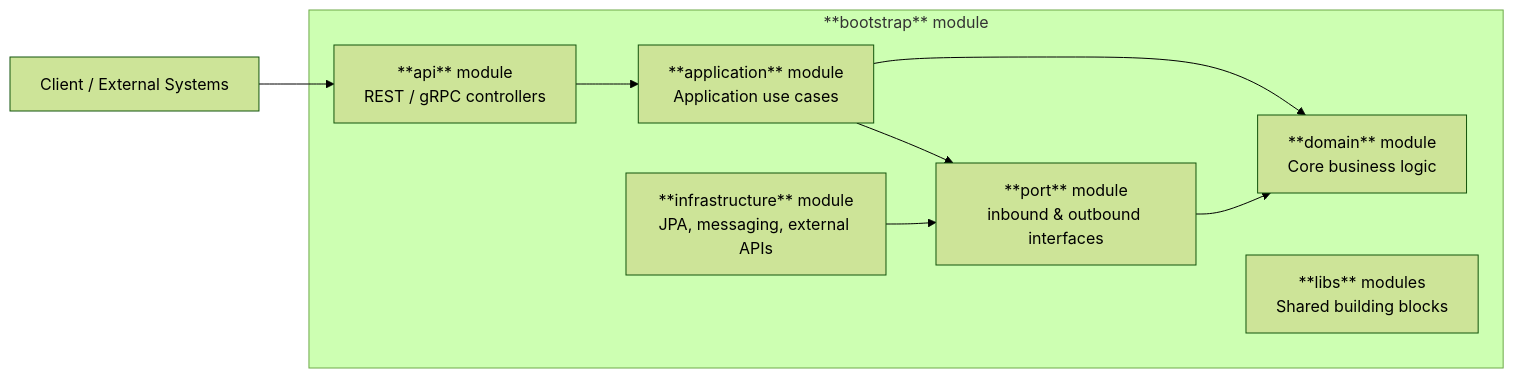
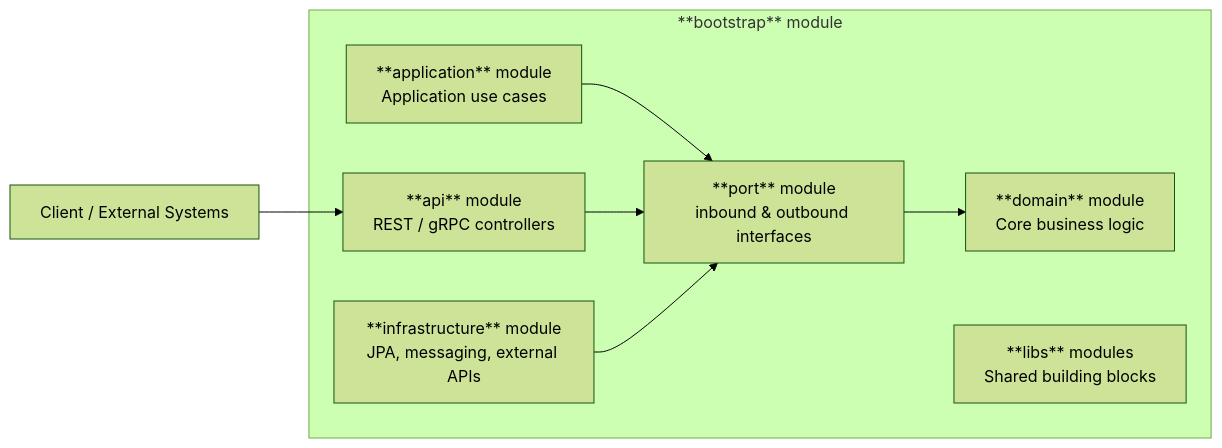
Before and after one commit to atlashk/atlas: the first of 3 diagrams in README.md, drawn with Mermaid (forest theme).

````diff
--- a/README.md
+++ b/README.md
@@ -56,23 +56,22 @@
 ```mermaid
 flowchart LR
     Client["Client / External Systems"]
 
     subgraph Bootstrap["**bootstrap** module"]
 
         API["**api** module<br/>REST / gRPC controllers"]
         APP["**application** module<br/>Application use cases"]
         DOMAIN["**domain** module<br/>Core business logic"]
         PORTS["**port** module<br/>inbound & outbound interfaces"]
         INFRA["**infrastructure** module<br/>JPA, messaging, external APIs"]
         LIBS["**libs** modules<br/>Shared building blocks"]
 
-        API --> APP
         PORTS --> DOMAIN
-        APP --> DOMAIN
         APP --> PORTS
+        API --> PORTS
         INFRA --> PORTS
 
     end
 
     Client --> API
 ```
````
